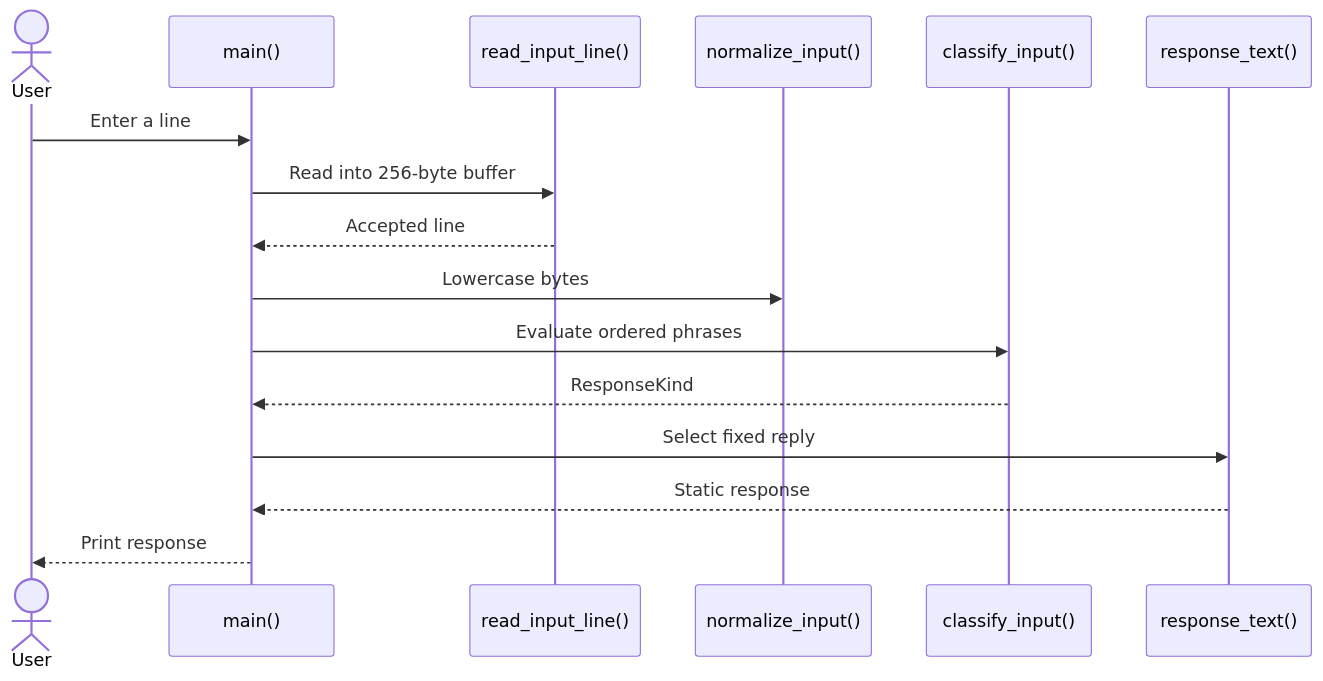
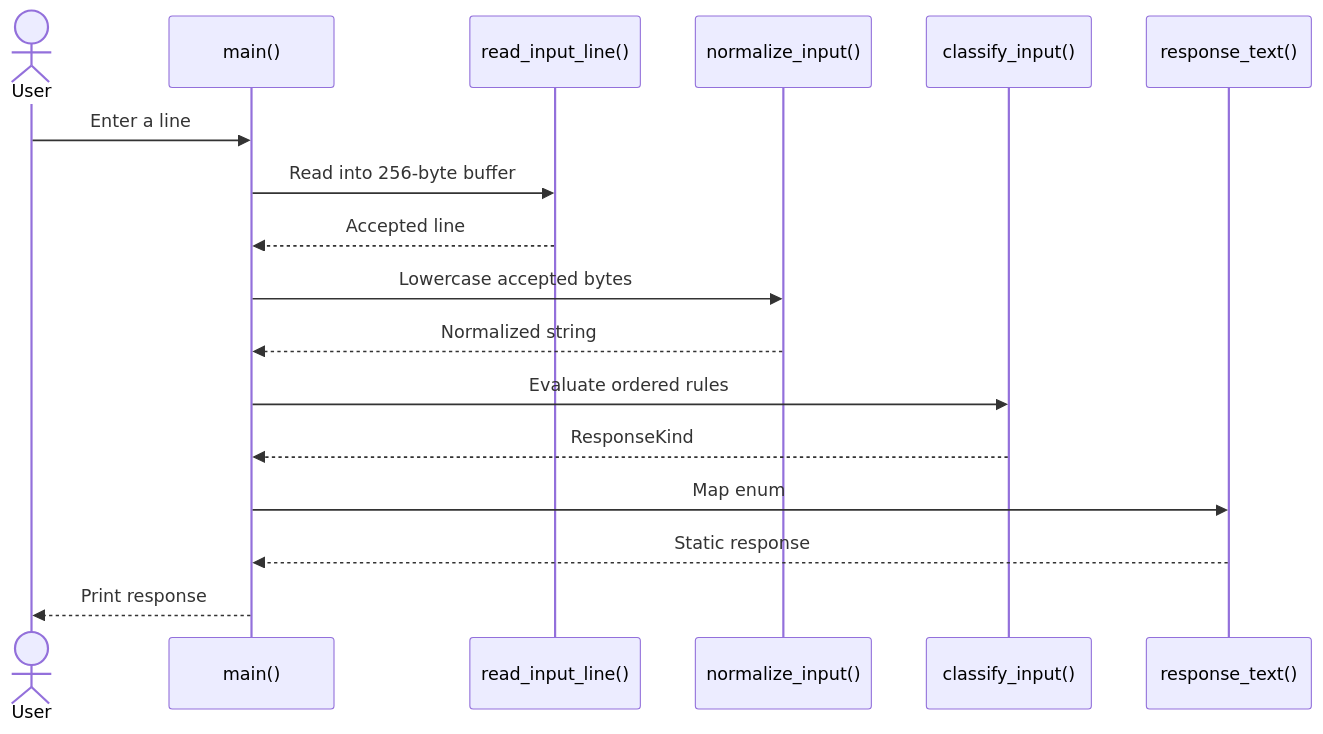
Before and after one commit to Brajesh31/chatbot-C-: the fourth of 5 diagrams in docs/diagrams.md, drawn with Mermaid. The commit also changed other lines of this file and 4 other files, not shown here.

Commit message:
Expand architecture, data flow, security and maintenance documentation

```diff
--- a/docs/diagrams.md
+++ b/docs/diagrams.md
@@ -35,18 +67,19 @@
 ~~~mermaid
 sequenceDiagram
     actor User
     participant Main as main()
     participant Reader as read_input_line()
     participant Normalize as normalize_input()
-    participant Rules as classify_input()
+    participant Classifier as classify_input()
     participant Mapper as response_text()
     User->>Main: Enter a line
     Main->>Reader: Read into 256-byte buffer
     Reader-->>Main: Accepted line
-    Main->>Normalize: Lowercase bytes
-    Main->>Rules: Evaluate ordered phrases
-    Rules-->>Main: ResponseKind
-    Main->>Mapper: Select fixed reply
+    Main->>Normalize: Lowercase accepted bytes
+    Normalize-->>Main: Normalized string
+    Main->>Classifier: Evaluate ordered rules
+    Classifier-->>Main: ResponseKind
+    Main->>Mapper: Map enum
     Mapper-->>Main: Static response
     Main-->>User: Print response
 ~~~
```
